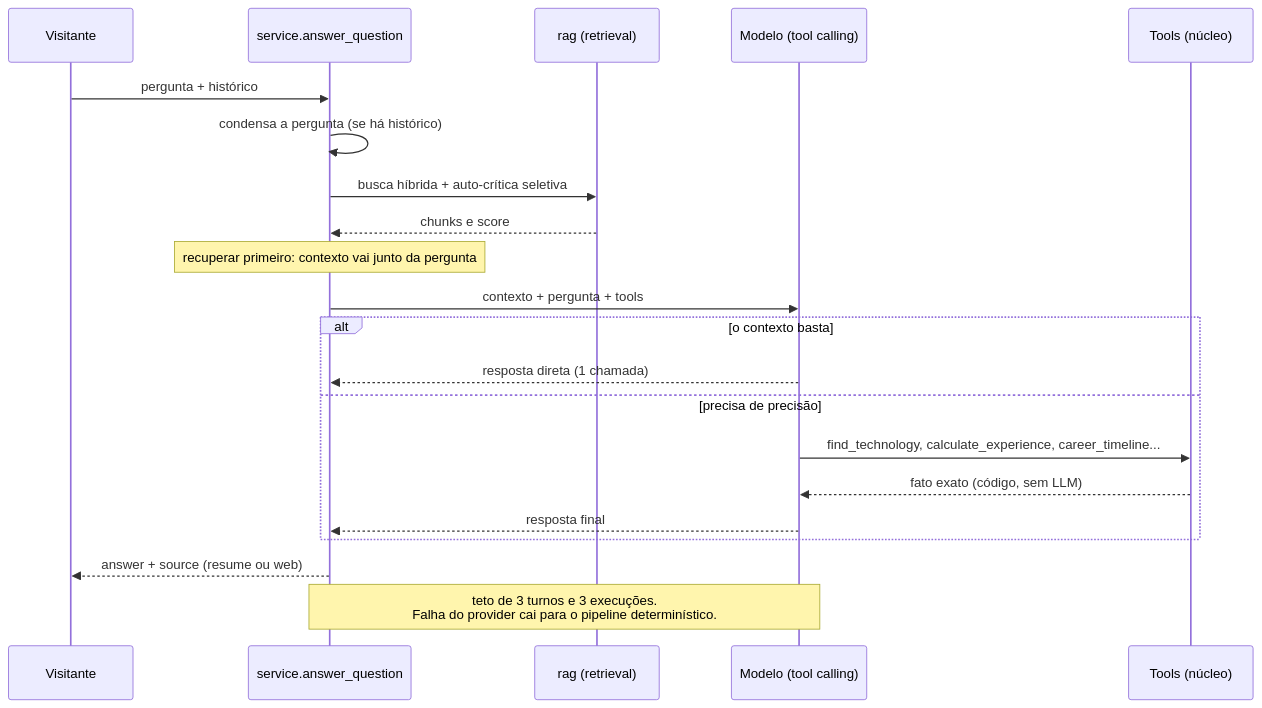
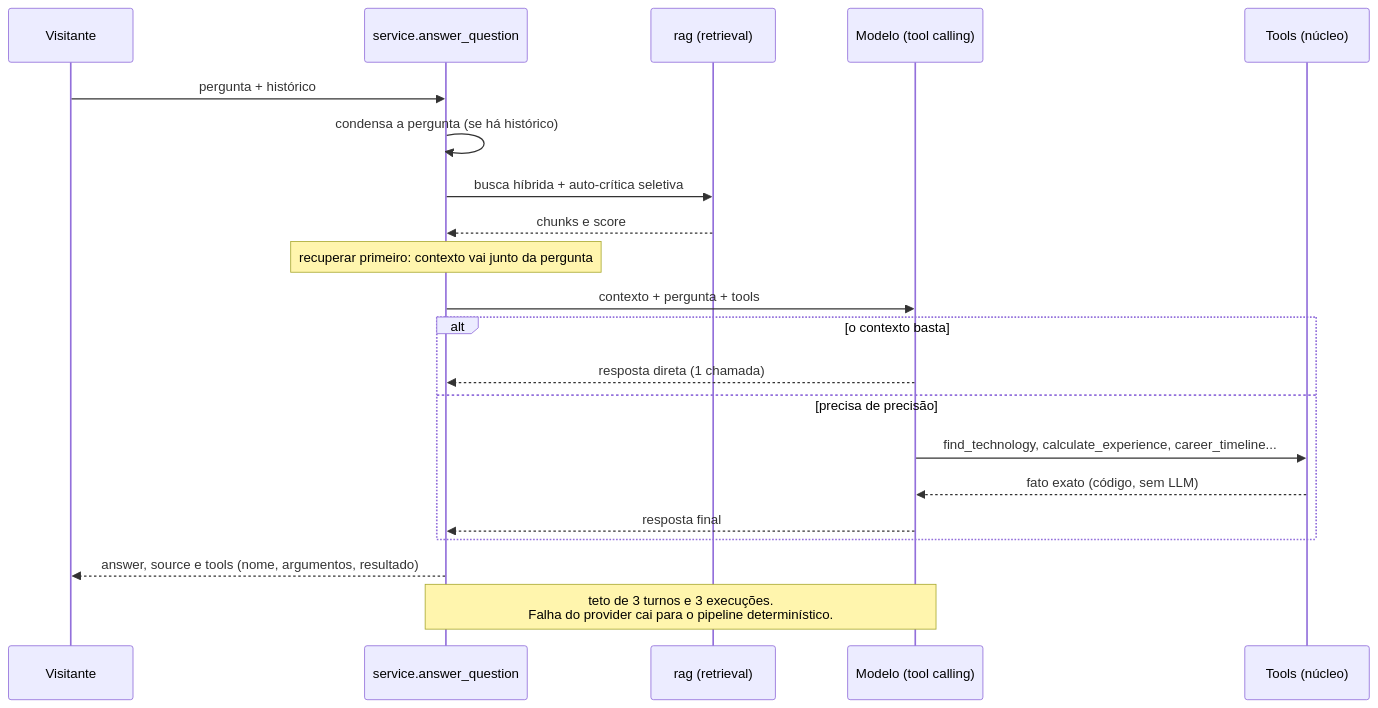
The second of 2 diagrams in docs/architecture/C4-002-componentes-backend-tools-mcp.md (lucaspalharesbarbosa/curriculo-online-ia), drawn with Mermaid before and after one commit. The commit also changed other lines of this file and 8 other files, not shown here.

````diff
--- a/docs/architecture/C4-002-componentes-backend-tools-mcp.md
+++ b/docs/architecture/C4-002-componentes-backend-tools-mcp.md
@@ -57,24 +58,24 @@
 ```mermaid
 sequenceDiagram
     participant V as Visitante
     participant S as service.answer_question
     participant R as rag (retrieval)
     participant M as Modelo (tool calling)
     participant T as Tools (núcleo)
 
     V->>S: pergunta + histórico
     S->>S: condensa a pergunta (se há histórico)
     S->>R: busca híbrida + auto-crítica seletiva
     R-->>S: chunks e score
     Note over S: recuperar primeiro: contexto vai junto da pergunta
     S->>M: contexto + pergunta + tools
     alt o contexto basta
         M-->>S: resposta direta (1 chamada)
     else precisa de precisão
         M->>T: find_technology, calculate_experience, career_timeline...
         T-->>M: fato exato (código, sem LLM)
         M-->>S: resposta final
     end
-    S-->>V: answer + source (resume ou web)
+    S-->>V: answer, source e tools (nome, argumentos, resultado)
     Note over S,M: teto de 3 turnos e 3 execuções.<br/>Falha do provider cai para o pipeline determinístico.
 ```
````
